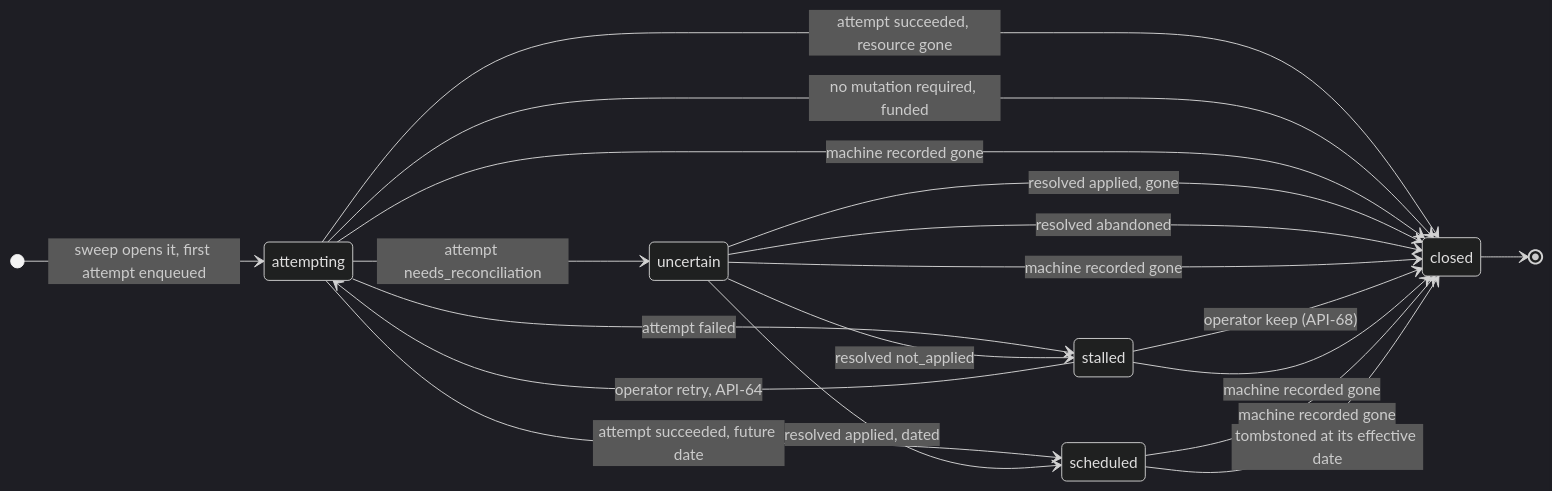
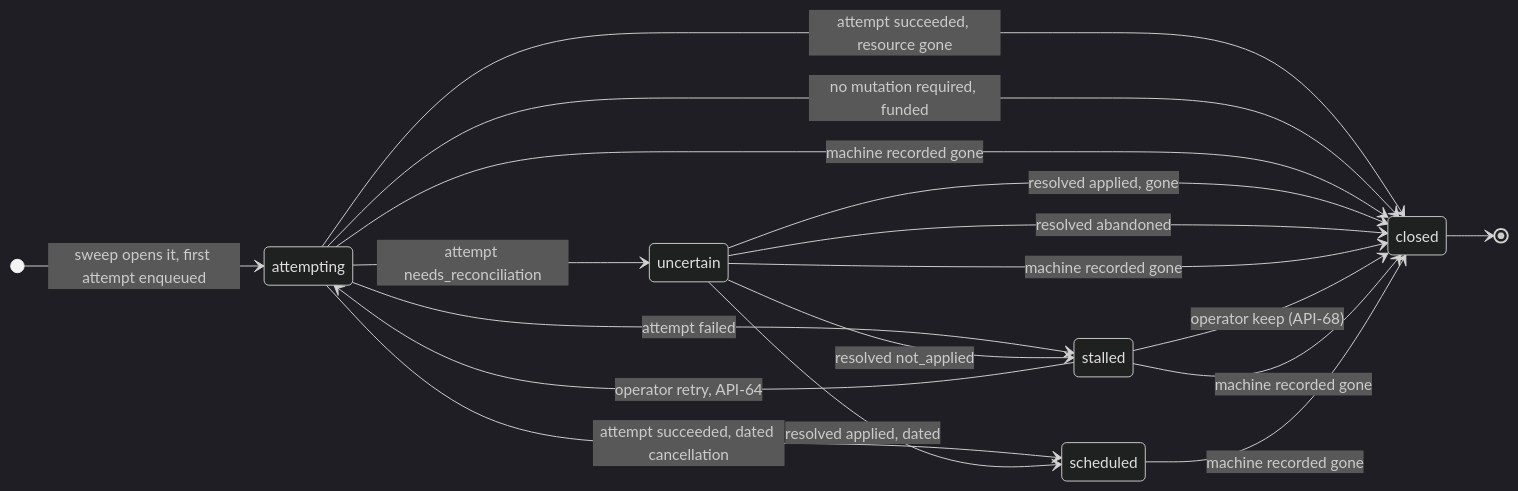
The diagram in 01-domain-model.md (douglaz/provisiond), drawn with Mermaid (dark theme) before and after one commit. The commit also changed other lines of this file and 181 other files, not shown here.

````diff
--- a/01-domain-model.md
+++ b/01-domain-model.md
@@ -201,22 +227,21 @@
 ```mermaid
 stateDiagram-v2
     direction LR
     [*] --> attempting : sweep opens it, first attempt enqueued
     attempting --> closed : attempt succeeded, resource gone
     attempting --> closed : no mutation required, funded
-    attempting --> scheduled : attempt succeeded, future date
+    attempting --> scheduled : attempt succeeded, dated cancellation
     attempting --> stalled : attempt failed
     attempting --> uncertain : attempt needs_reconciliation
     attempting --> closed : machine recorded gone
     uncertain --> scheduled : resolved applied, dated
     uncertain --> closed : resolved applied, gone
     uncertain --> stalled : resolved not_applied
     uncertain --> closed : resolved abandoned
     uncertain --> closed : machine recorded gone
     stalled --> attempting : operator retry, API-64
     stalled --> closed : operator keep (API-68)
     stalled --> closed : machine recorded gone
     scheduled --> closed : machine recorded gone
-    scheduled --> closed : tombstoned at its effective date
     closed --> [*]
 ```
````
